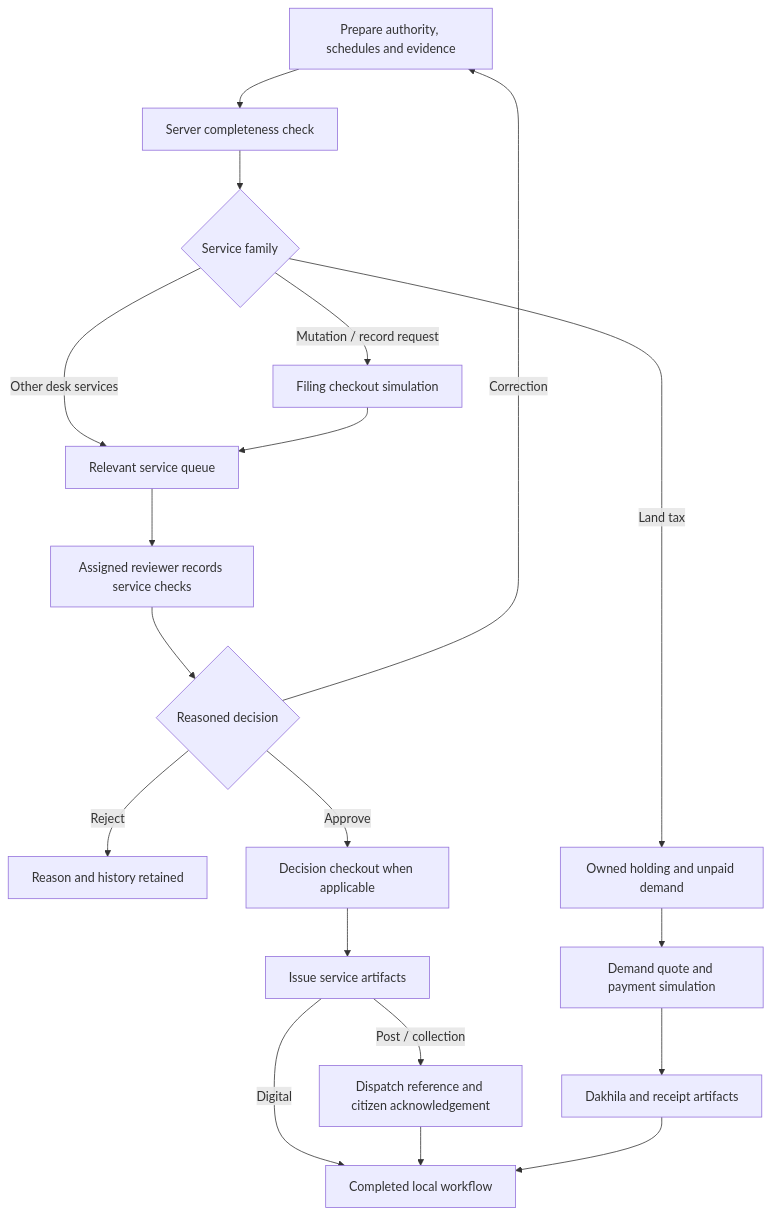
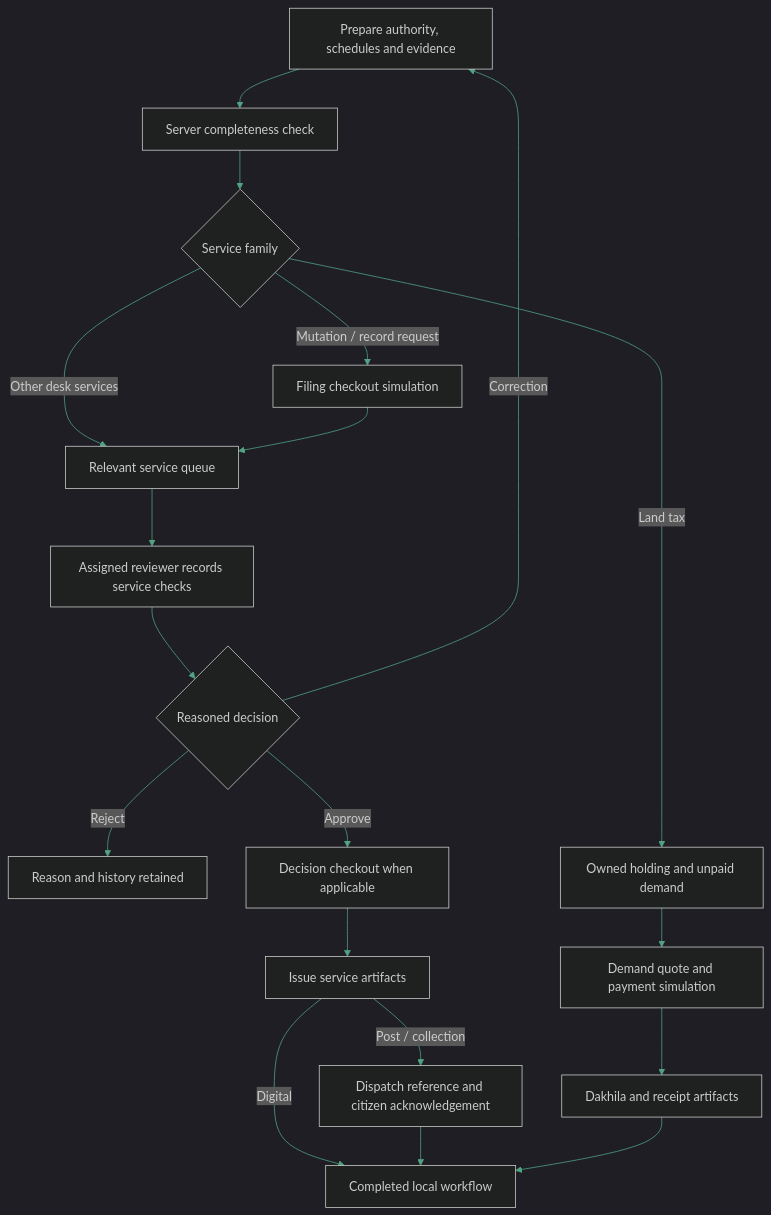
The second of 3 diagrams in README.md (Shreyalien/E-Bhumi), drawn with Mermaid before and after one commit. The commit also changed other lines of this file, not shown here.

Commit message:
Apply dark theme styling to all 3 Mermaid graphs and fix procedure flows link in README

````diff
--- a/README.md
+++ b/README.md
@@ -254,21 +256,22 @@
 ```mermaid
+%%{init: {'theme': 'dark', 'themeVariables': { 'darkMode': true, 'primaryColor': '#1b4d3e', 'primaryTextColor': '#ffffff', 'primaryBorderColor': '#2e7d63', 'lineColor': '#52a384', 'secondaryColor': '#16382e', 'tertiaryColor': '#122620' }}}%%
 flowchart TD
     P[Prepare authority, schedules and evidence] --> C[Server completeness check]
     C --> M{Service family}
     M -->|Mutation / record request| F[Filing checkout simulation]
     M -->|Other desk services| Q[Relevant service queue]
     F --> Q
     Q --> R[Assigned reviewer records service checks]
     R --> X{Reasoned decision}
     X -->|Correction| P
     X -->|Reject| J[Reason and history retained]
     X -->|Approve| D[Decision checkout when applicable]
     D --> O[Issue service artifacts]
-    O -->|Digital| END[Completed local workflow]
+    O -->|Digital| Finished[Completed local workflow]
     O -->|Post / collection| A[Dispatch reference and citizen acknowledgement]
-    A --> END
+    A --> Finished
     M -->|Land tax| H[Owned holding and unpaid demand]
     H --> T[Demand quote and payment simulation]
     T --> K[Dakhila and receipt artifacts]
-    K --> END
+    K --> Finished
 ```
````
